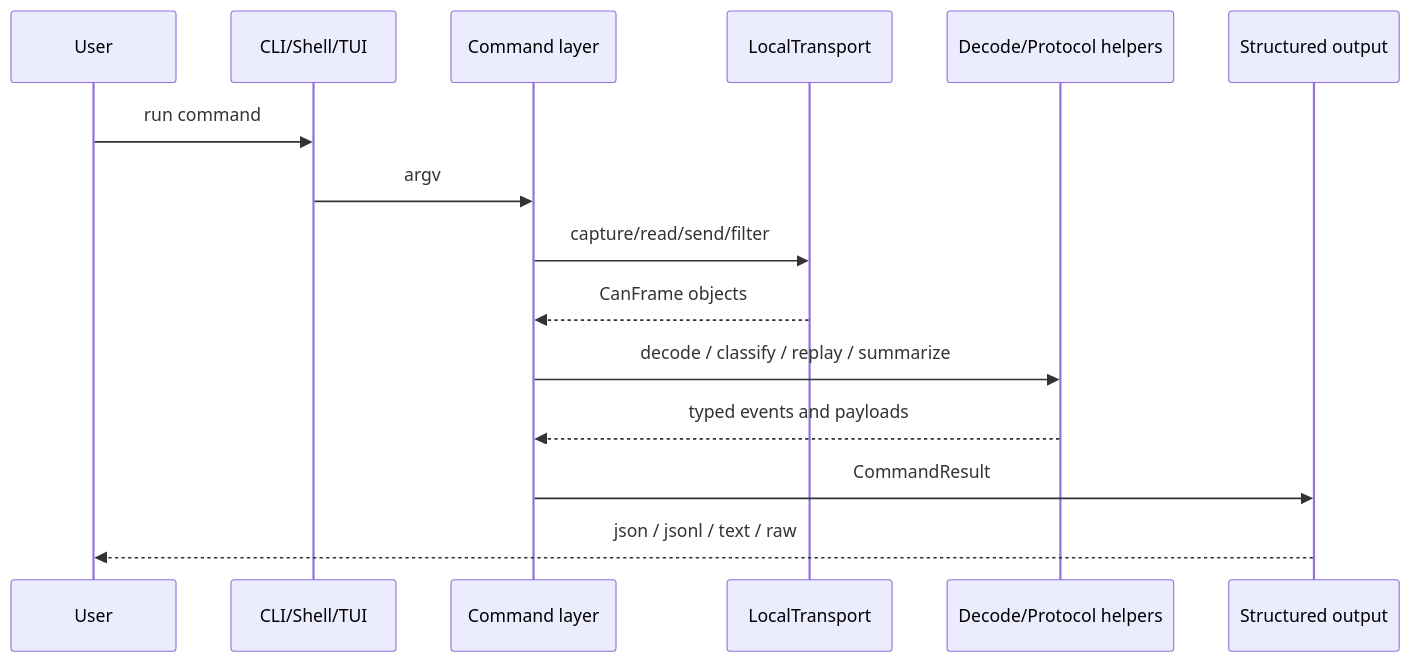
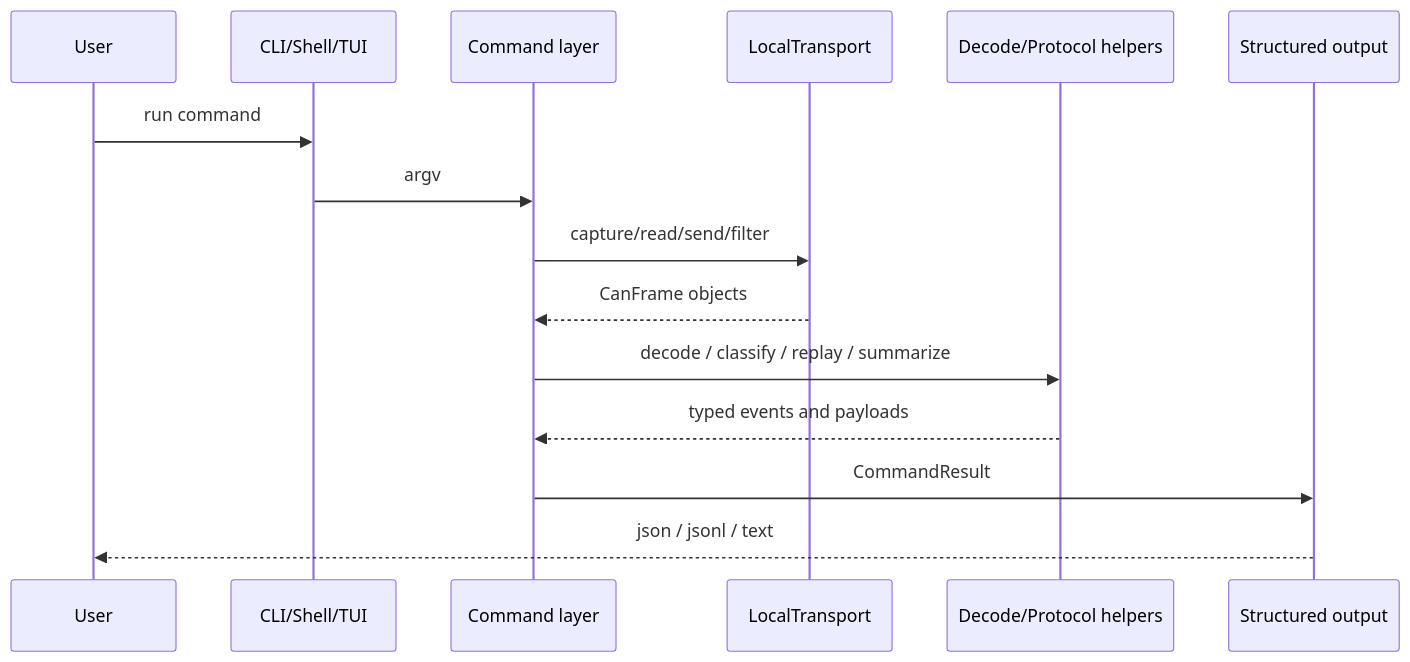
Before and after one commit to hexsecs/canarchy: the fifth of 5 diagrams in docs/architecture.md, drawn with Mermaid. The commit also changed other lines of this file and 38 other files, not shown here.

First line of the commit message:
Remove generic raw output mode

````diff
--- a/docs/architecture.md
+++ b/docs/architecture.md
@@ -306,18 +306,18 @@
 ```mermaid
 sequenceDiagram
     participant User
     participant FrontEnd as CLI/Shell/TUI
     participant Command as Command layer
     participant Transport as LocalTransport
     participant Engine as Decode/Protocol helpers
     participant Output as Structured output
 
     User->>FrontEnd: run command
     FrontEnd->>Command: argv
     Command->>Transport: capture/read/send/filter
     Transport-->>Command: CanFrame objects
     Command->>Engine: decode / classify / replay / summarize
     Engine-->>Command: typed events and payloads
     Command->>Output: CommandResult
-    Output-->>User: json / jsonl / text / raw
+    Output-->>User: json / jsonl / text
 ```
````
